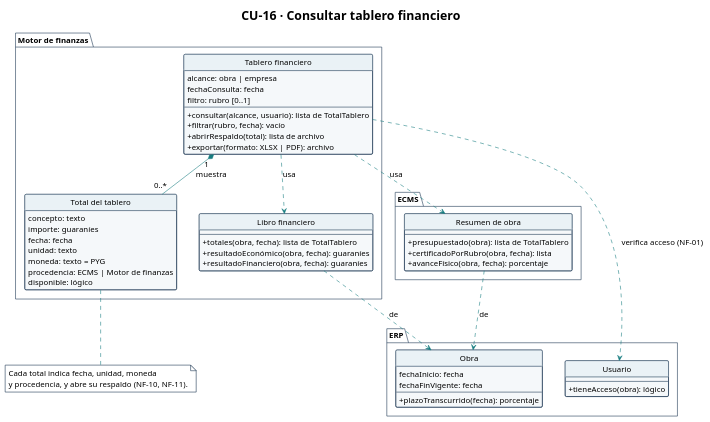
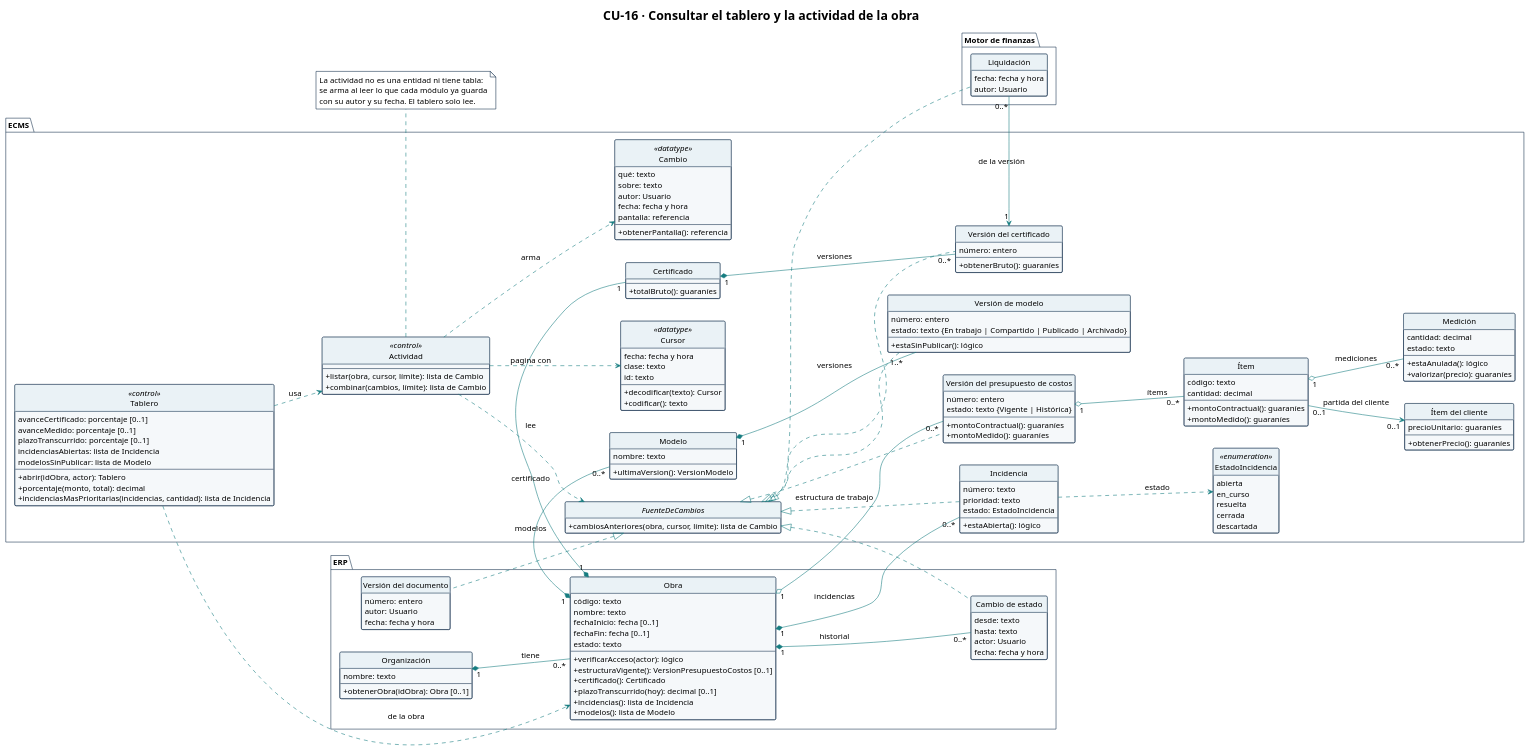
The diagram in diagramas/CU-16-clases.puml (Ssrrb/tpf-uca), drawn with PlantUML before and after one commit. The commit also changed 41 other files, not shown here.

First line of the commit message:
Diagramas de los 16 CU en el MVP: ajustes de CU-01 a CU-09 y diagramas nuevos de CU-10 a CU-16

```diff
--- a/diagramas/CU-16-clases.puml
+++ b/diagramas/CU-16-clases.puml
@@ -1,7 +1,7 @@
 @startuml
 !theme plain
 skinparam style strictuml
-title CU-16 · Consultar tablero financiero
+title CU-16 · Consultar el tablero y la actividad de la obra
 hide circle
 hide empty methods
 hide empty fields
@@ -25,69 +25,195 @@
   BackgroundColor #FFFFFF
   BorderColor #17324D
 }
-package "Motor de finanzas" {
-  class "Tablero financiero" as Tablero {
-    alcance: obra | empresa
-    fechaConsulta: fecha
-    filtro: rubro [0..1]
+left to right direction
+
+package "ECMS" {
+  class Tablero <<control>> {
+    avanceCertificado: porcentaje [0..1]
+    avanceMedido: porcentaje [0..1]
+    plazoTranscurrido: porcentaje [0..1]
+    incidenciasAbiertas: lista de Incidencia
+    modelosSinPublicar: lista de Modelo
     --
-    + consultar(alcance, usuario): lista de TotalTablero
-    + filtrar(rubro, fecha): vacío
-    + abrirRespaldo(total): lista de archivo
-    + exportar(formato: XLSX | PDF): archivo
+    + abrir(idObra, actor): Tablero
+    + porcentaje(monto, total): decimal
+    + incidenciasMasPrioritarias(incidencias, cantidad): lista de Incidencia
   }
 
-  class "Total del tablero" as TotalTablero {
-    concepto: texto
-    importe: guaraníes
-    fecha: fecha
-    unidad: texto
-    moneda: texto = PYG
-    procedencia: ECMS | Motor de finanzas
-    disponible: lógico
+  class Actividad <<control>> {
+    --
+    + listar(obra, cursor, límite): lista de Cambio
+    + combinar(cambios, límite): lista de Cambio
   }
 
-  class "Libro financiero" as LibroFinanciero {
+  class Cursor <<datatype>> {
+    fecha: fecha y hora
+    clase: texto
+    id: texto
     --
-    + totales(obra, fecha): lista de TotalTablero
-    + resultadoEconómico(obra, fecha): guaraníes
-    + resultadoFinanciero(obra, fecha): guaraníes
+    + decodificar(texto): Cursor
+    + codificar(): texto
   }
-}
 
-package "ECMS" {
-  class "Resumen de obra" as ResumenObra {
+  class Cambio <<datatype>> {
+    qué: texto
+    sobre: texto
+    autor: Usuario
+    fecha: fecha y hora
+    pantalla: referencia
     --
-    + presupuestado(obra): lista de TotalTablero
-    + certificadoPorRubro(obra, fecha): lista
-    + avanceFísico(obra, fecha): porcentaje
+    + obtenerPantalla(): referencia
+  }
+
+  interface FuenteDeCambios {
+    + cambiosAnteriores(obra, cursor, límite): lista de Cambio
+  }
+
+  class "Versión del presupuesto de costos" as VersionPresupuestoCostos {
+    número: entero
+    estado: texto {Vigente | Histórica}
+    --
+    + montoContractual(): guaraníes
+    + montoMedido(): guaraníes
+  }
+
+  class "Ítem" as Item {
+    código: texto
+    cantidad: decimal
+    --
+    + montoContractual(): guaraníes
+    + montoMedido(): guaraníes
+  }
+
+  class "Ítem del cliente" as ItemCliente {
+    precioUnitario: guaraníes
+    --
+    + obtenerPrecio(): guaraníes
+  }
+
+  class "Medición" as Medicion {
+    cantidad: decimal
+    estado: texto
+    --
+    + estaAnulada(): lógico
+    + valorizar(precio): guaraníes
+  }
+
+  class Certificado {
+    --
+    + totalBruto(): guaraníes
+  }
+
+  class "Versión del certificado" as VersionCertificado {
+    número: entero
+    --
+    + obtenerBruto(): guaraníes
+  }
+
+  class Modelo {
+    nombre: texto
+    --
+    + ultimaVersion(): VersionModelo
+  }
+
+  class "Versión de modelo" as VersionModelo {
+    número: entero
+    estado: texto {En trabajo | Compartido | Publicado | Archivado}
+    --
+    + estaSinPublicar(): lógico
+  }
+
+  class Incidencia {
+    número: texto
+    prioridad: texto
+    estado: EstadoIncidencia
+    --
+    + estaAbierta(): lógico
+  }
+
+  enum EstadoIncidencia <<enumeration>> {
+    abierta
+    en_curso
+    resuelta
+    cerrada
+    descartada
   }
 }
 
 package "ERP" {
-  class Usuario {
+  class "Organización" as Organizacion {
+    nombre: texto
     --
-    + tieneAcceso(obra): lógico
+    + obtenerObra(idObra): Obra [0..1]
   }
 
   class Obra {
-    fechaInicio: fecha
-    fechaFinVigente: fecha
+    código: texto
+    nombre: texto
+    fechaInicio: fecha [0..1]
+    fechaFin: fecha [0..1]
+    estado: texto
     --
-    + plazoTranscurrido(fecha): porcentaje
+    + verificarAcceso(actor): lógico
+    + estructuraVigente(): VersionPresupuestoCostos [0..1]
+    + certificado(): Certificado
+    + plazoTranscurrido(hoy): decimal [0..1]
+    + incidencias(): lista de Incidencia
+    + modelos(): lista de Modelo
+  }
+
+  class "Cambio de estado" as CambioEstado {
+    desde: texto
+    hasta: texto
+    actor: Usuario
+    fecha: fecha y hora
+  }
+
+  class "Versión del documento" as VersionDocumento {
+    número: entero
+    autor: Usuario
+    fecha: fecha y hora
   }
 }
 
-Tablero "1" *-- "0..*" TotalTablero : muestra
-Tablero ..> LibroFinanciero : usa
-Tablero ..> ResumenObra : usa
-Tablero ..> Usuario : verifica acceso (NF-01)
-ResumenObra ..> Obra : de
-LibroFinanciero ..> Obra : de
+package "Motor de finanzas" {
+  class "Liquidación" as Liquidacion {
+    fecha: fecha y hora
+    autor: Usuario
+  }
+}
 
-note bottom of TotalTablero
-  Cada total indica fecha, unidad, moneda
-  y procedencia, y abre su respaldo (NF-10, NF-11).
+Organizacion "1" *-- "0..*" Obra : tiene
+Obra "1" *-- "0..*" CambioEstado : historial
+Obra "1" *-- "0..*" Incidencia : incidencias
+Obra "1" *-- "0..*" Modelo : modelos
+Obra "1" *-- "1" Certificado : certificado
+Obra "1" o-- "0..*" VersionPresupuestoCostos : estructura de trabajo
+Certificado "1" *-- "0..*" VersionCertificado : versiones
+VersionPresupuestoCostos "1" o-- "0..*" Item : ítems
+Item "0..1" --> "0..1" ItemCliente : partida del cliente
+Item "1" o-- "0..*" Medicion : mediciones
+Modelo "1" *-- "1..*" VersionModelo : versiones
+Liquidacion "0..*" --> "1" VersionCertificado : de la versión
+Tablero ..> Obra : de la obra
+Tablero ..> Actividad : usa
+Actividad ..> Cursor : pagina con
+Actividad ..> Cambio : arma
+Actividad ..> FuenteDeCambios : lee
+Incidencia ..> EstadoIncidencia : estado
+
+FuenteDeCambios <|.. VersionModelo
+FuenteDeCambios <|.. VersionDocumento
+FuenteDeCambios <|.. Incidencia
+FuenteDeCambios <|.. VersionPresupuestoCostos
+FuenteDeCambios <|.. VersionCertificado
+FuenteDeCambios <|.. Liquidacion
+FuenteDeCambios <|.. CambioEstado
+
+note bottom of Actividad
+  La actividad no es una entidad ni tiene tabla:
+  se arma al leer lo que cada módulo ya guarda
+  con su autor y su fecha. El tablero solo lee.
 end note
 
 @enduml
```
